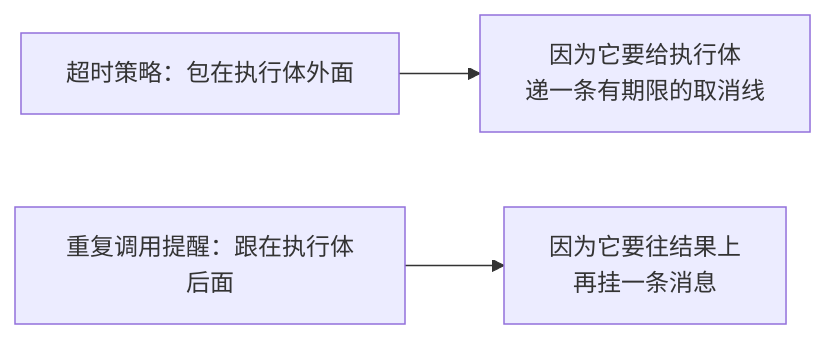
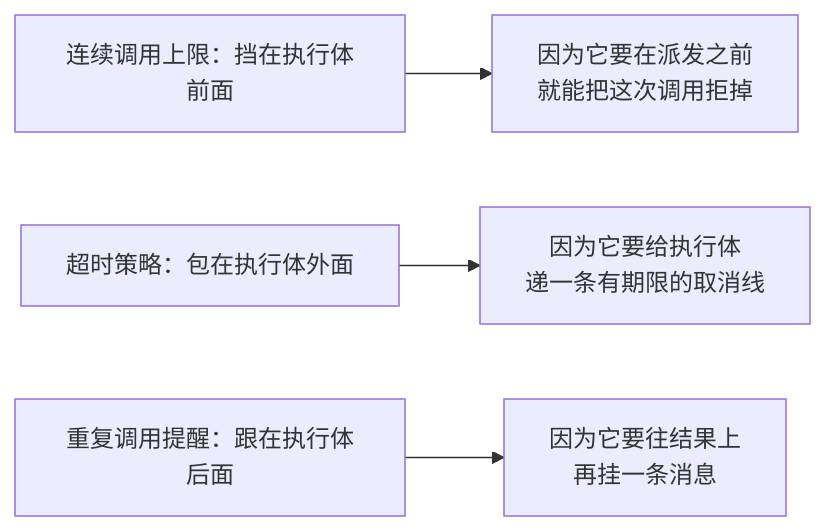
The eighth of 38 diagrams in docs/modules/guards.md (snight1983/ds-harness-go), drawn with Mermaid before and after one commit. The commit also changed other lines of this file and 50 other files, not shown here.

First line of the commit message:
feat: 完善会话持久化、图片请求与工具防护

````diff
--- a/docs/modules/guards.md
+++ b/docs/modules/guards.md
@@ -76,5 +99,6 @@
 ```mermaid
 flowchart LR
+    C["连续调用上限：挡在执行体前面"] --> C1["因为它要在派发之前<br/>就能把这次调用拒掉"]
     A["超时策略：包在执行体外面"] --> A1["因为它要给执行体<br/>递一条有期限的取消线"]
     B["重复调用提醒：跟在执行体后面"] --> B1["因为它要往结果上<br/>再挂一条消息"]
 ```
````
